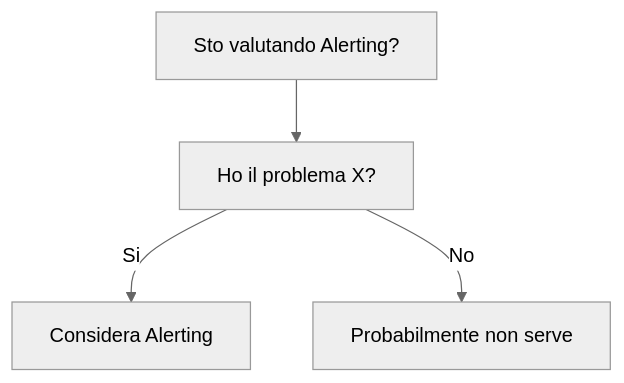
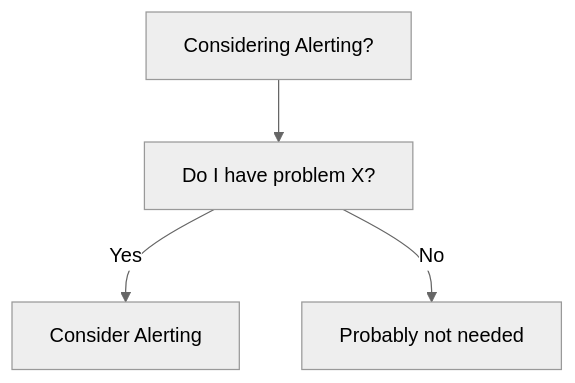
Before and after one commit to HxT9/Software-Dev-Wiki: the diagram in dev-wiki/12_Observability/Alerting/When_To_Use.md, drawn with Mermaid (neutral theme). The commit also changed other lines of this file and 3444 other files, not shown here.

````diff
--- a/dev-wiki/12_Observability/Alerting/When_To_Use.md
+++ b/dev-wiki/12_Observability/Alerting/When_To_Use.md
@@ -19,6 +19,6 @@
 ```mermaid
 flowchart TD
-  Q[Sto valutando Alerting?] --> Q1[Ho il problema X?]
-  Q1 -->|Si| OK[Considera Alerting]
-  Q1 -->|No| NO[Probabilmente non serve]
+  Q[Considering Alerting?] --> Q1[Do I have problem X?]
+  Q1 -->|Yes| OK[Consider Alerting]
+  Q1 -->|No| NO[Probably not needed]
 ```
````
